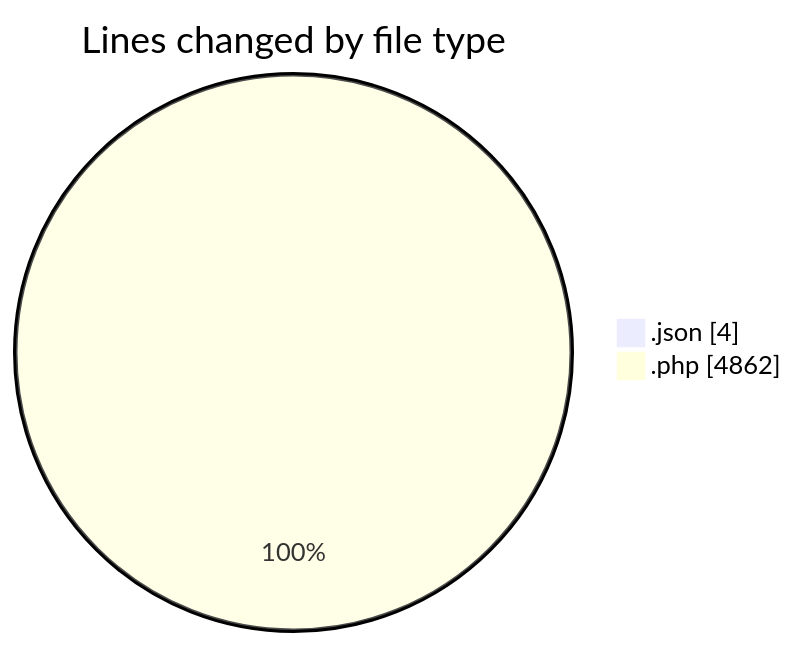
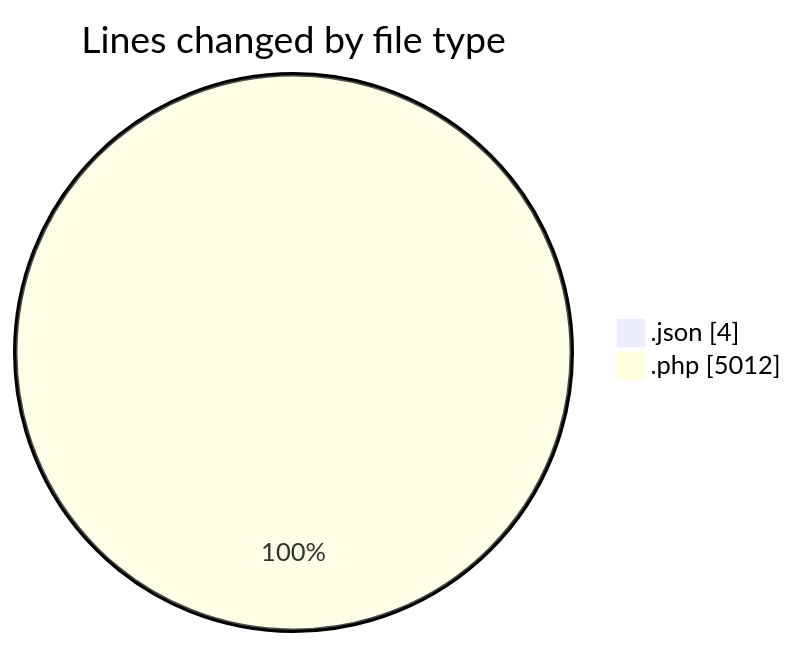
Before and after one commit to debugP/code-tracking: the first of 2 diagrams in 2026-06-30/wp-content/README.md, drawn with Mermaid. The commit also changed other lines of this file and 1 other file, not shown here.

````diff
--- a/2026-06-30/wp-content/README.md
+++ b/2026-06-30/wp-content/README.md
@@ -40,6 +41,6 @@
 ```mermaid
 pie showData
 title Lines changed by file type
 ".json" : 4
-".php" : 4862
+".php" : 5012
 ```
````
